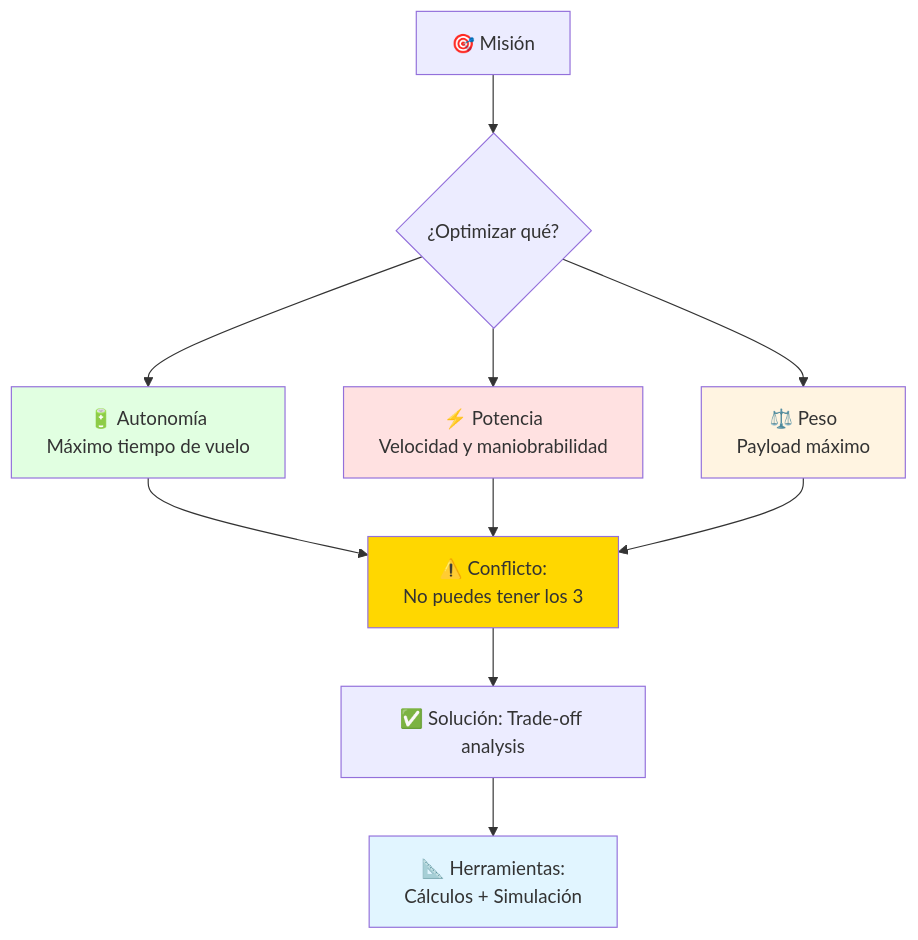
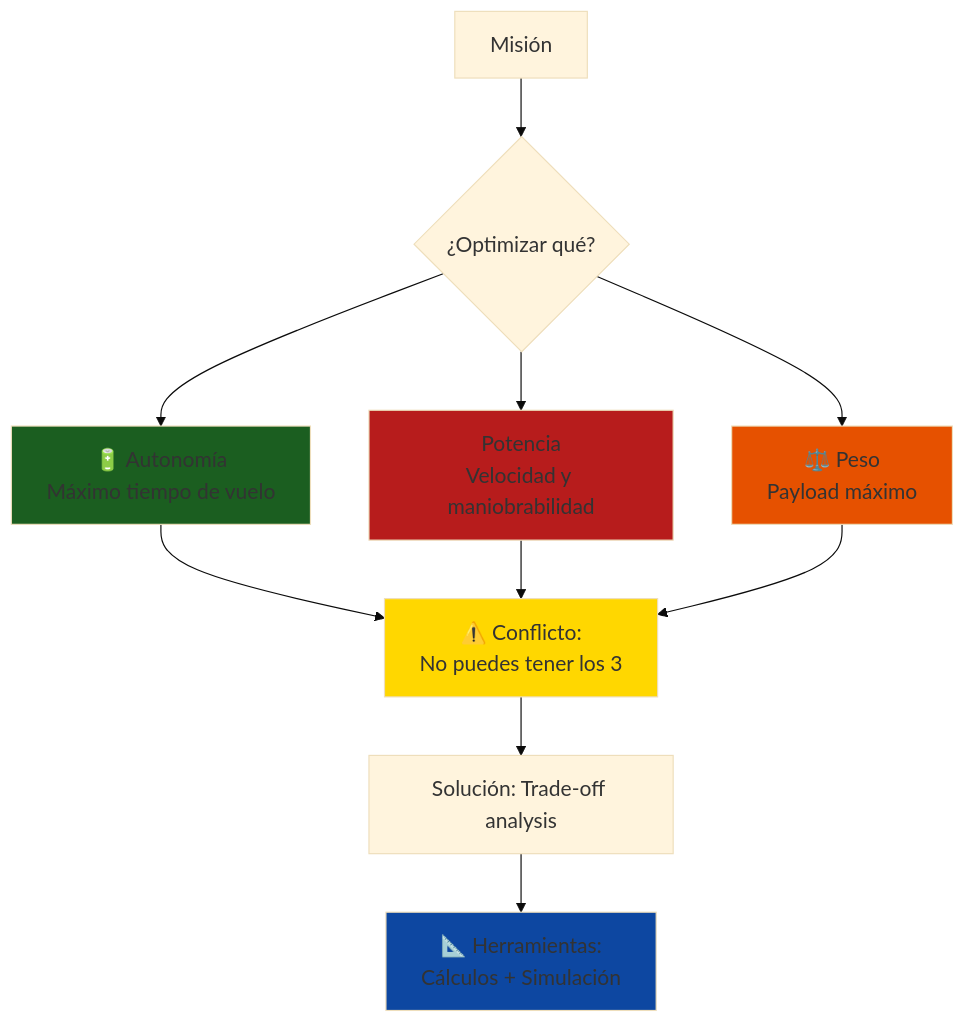
Before and after one commit to Ai-Whisperers/Courses-Content: the second of 16 diagrams in courses/🟡-development/FPUNA-2026/03-INGENIERIA-AERONAUTICA/04-sistemas-propulsion.md, drawn with Mermaid. The commit also changed other lines of this file and 47 other files, not shown here.

First line of the commit message:
fix: Make all 473 diagrams WCAG AAA accessible (FPUNA-2026)

````diff
--- a/courses/🟡-development/FPUNA-2026/03-INGENIERIA-AERONAUTICA/04-sistemas-propulsion.md
+++ b/courses/🟡-development/FPUNA-2026/03-INGENIERIA-AERONAUTICA/04-sistemas-propulsion.md
@@ -178,22 +179,23 @@
 ```mermaid
+%%{init: {'theme':'base', 'themeVariables': {'fontSize':'18px'}}}%%
 graph TD
-    Start[🎯 Misión] --> Q{¿Optimizar qué?}
+    Start[Misión] --> Q{¿Optimizar qué?}
     
     Q --> A[🔋 Autonomía<br/>Máximo tiempo de vuelo]
-    Q --> B[⚡ Potencia<br/>Velocidad y maniobrabilidad]
+    Q --> B[Potencia<br/>Velocidad y maniobrabilidad]
     Q --> C[⚖️ Peso<br/>Payload máximo]
     
     A --> D[⚠️ Conflicto:<br/>No puedes tener los 3]
     B --> D
     C --> D
     
-    D --> E[✅ Solución: Trade-off analysis]
+    D --> E[Solución: Trade-off analysis]
     
     E --> F[📐 Herramientas:<br/>Cálculos + Simulación]
     
-    style A fill:#E1FFE1
-    style B fill:#FFE1E1
-    style C fill:#FFF4E1
+    style A fill:#1b5e20
+    style B fill:#b71c1c
+    style C fill:#e65100
     style D fill:#FFD700
-    style F fill:#E1F5FF
+    style F fill:#0d47a1
 ```
````
